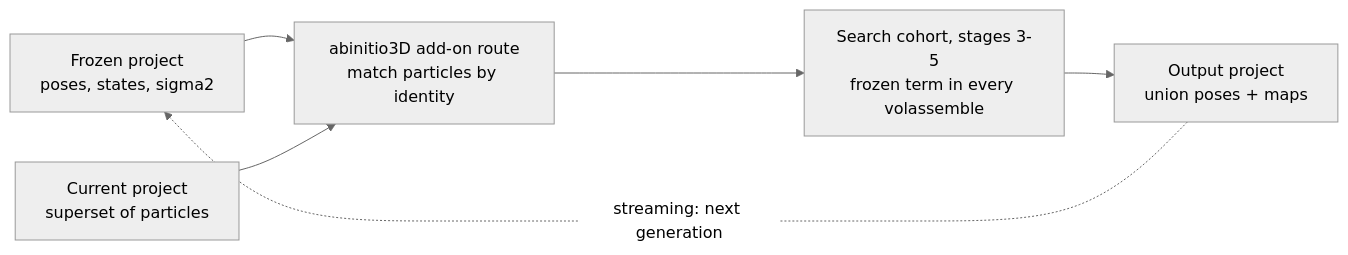
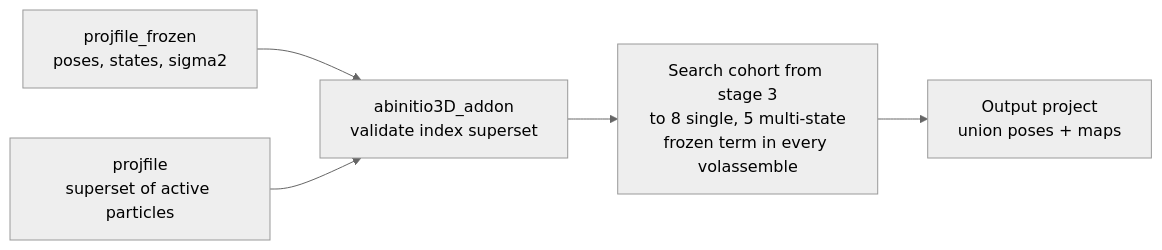
One commit to hael/SIMPLE changed the diagram in doc/implementation_notes/abinitio3D_addon_mode_proposal.md. Above: the diagram before and after it, drawn with Mermaid (neutral theme). The commit also changed other lines of this file and 28 other files, not shown here.

````diff
--- a/doc/implementation_notes/abinitio3D_addon_mode_proposal.md
+++ b/doc/implementation_notes/abinitio3D_addon_mode_proposal.md
@@ -67,8 +46,7 @@
 ```mermaid
 flowchart LR
-  FP[Frozen project<br/>poses, states, sigma2] --> C[abinitio3D add-on route<br/>match particles by identity]
-  CP[Current project<br/>superset of particles] --> C
-  C --> R[Search cohort, stages 3-5<br/>frozen term in every volassemble]
+  FP[projfile_frozen<br/>poses, states, sigma2] --> C[abinitio3D_addon<br/>validate index superset]
+  CP[projfile<br/>superset of active particles] --> C
+  C --> R[Search cohort from stage 3<br/>to 8 single, 5 multi-state<br/>frozen term in every volassemble]
   R --> O[Output project<br/>union poses + maps]
-  O -. streaming: next generation .-> FP
 ```
````
